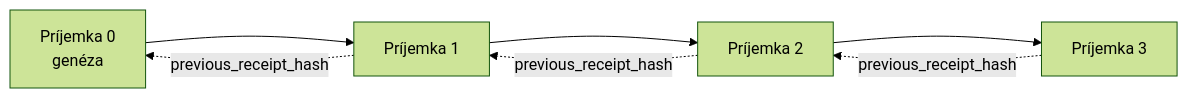
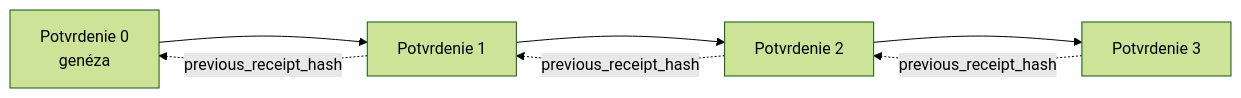
Before and after one commit to gabrielmoreira/agent-skills-mirror: the second of 2 diagrams in mirrors/repos/microsoft@ai-agents-for-beginners/translations/sk/18-securing-ai-agents/README.md, drawn with Mermaid (forest theme). The commit also changed other lines of this file and 2285 other files, not shown here.

````diff
--- a/mirrors/repos/microsoft@ai-agents-for-beginners/translations/sk/18-securing-ai-agents/README.md
+++ b/mirrors/repos/microsoft@ai-agents-for-beginners/translations/sk/18-securing-ai-agents/README.md
@@ -206,9 +206,9 @@
 ```mermaid
 flowchart LR
-    R0[Príjemka 0<br/>genéza] --> R1[Príjemka 1]
-    R1 --> R2[Príjemka 2]
-    R2 --> R3[Príjemka 3]
+    R0[Potvrdenie 0<br/>genéza] --> R1[Potvrdenie 1]
+    R1 --> R2[Potvrdenie 2]
+    R2 --> R3[Potvrdenie 3]
     R1 -. previous_receipt_hash .-> R0
     R2 -. previous_receipt_hash .-> R1
     R3 -. previous_receipt_hash .-> R2
 ```
````
